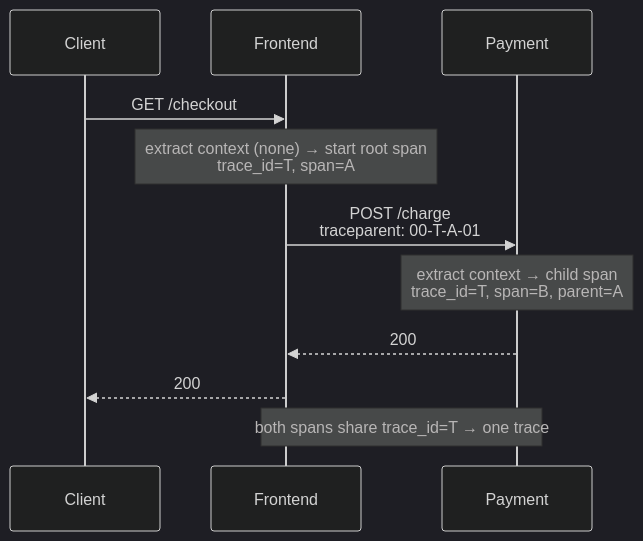
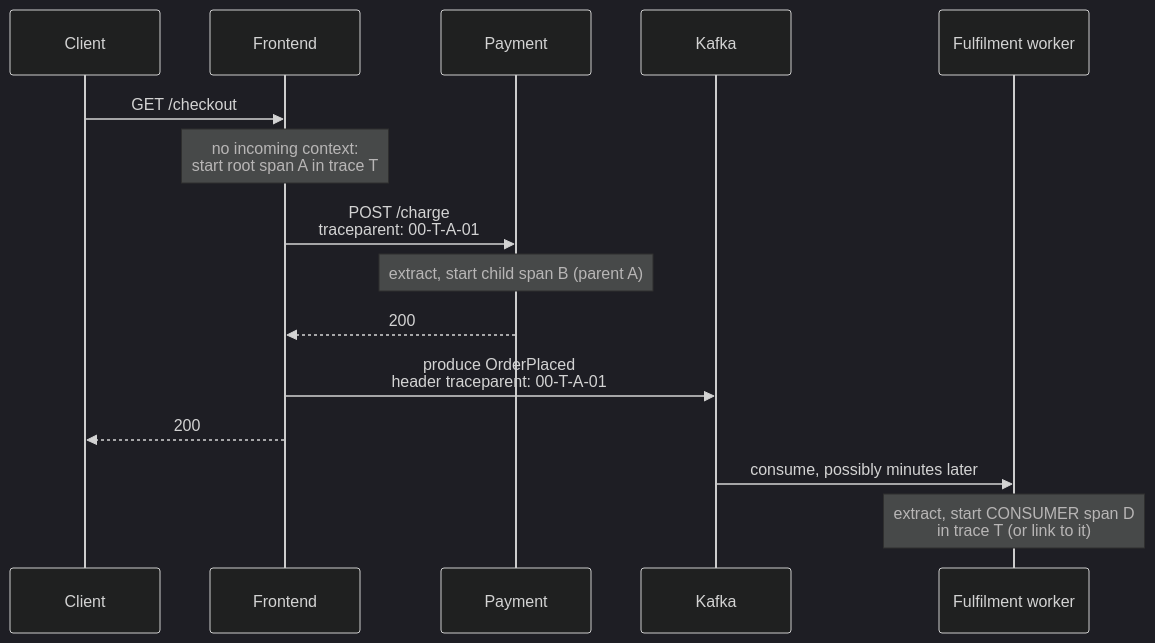
Before and after one commit to AndrewAltimit/Documentation: the third of 4 diagrams in github-pages/docs/distributed-systems/observability.md, drawn with Mermaid (dark theme). The commit also changed other lines of this file and 240 other files, not shown here.

````diff
--- a/github-pages/docs/distributed-systems/observability.md
+++ b/github-pages/docs/distributed-systems/observability.md
@@ -88,13 +142,17 @@
 ```mermaid
 sequenceDiagram
     participant C as Client
     participant F as Frontend
     participant P as Payment
+    participant K as Kafka
+    participant W as Fulfilment worker
     C->>F: GET /checkout
-    Note over F: extract context (none) → start root span<br/>trace_id=T, span=A
+    Note over F: no incoming context:<br/>start root span A in trace T
     F->>P: POST /charge<br/>traceparent: 00-T-A-01
-    Note over P: extract context → child span<br/>trace_id=T, span=B, parent=A
+    Note over P: extract, start child span B (parent A)
     P-->>F: 200
+    F->>K: produce OrderPlaced<br/>header traceparent: 00-T-A-01
     F-->>C: 200
-    Note over F,P: both spans share trace_id=T → one trace
+    K->>W: consume, possibly minutes later
+    Note over W: extract, start CONSUMER span D<br/>in trace T (or link to it)
 ```
````
